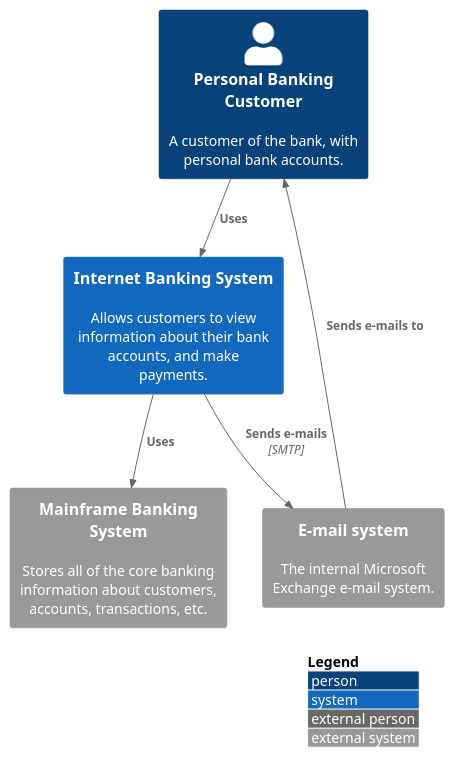
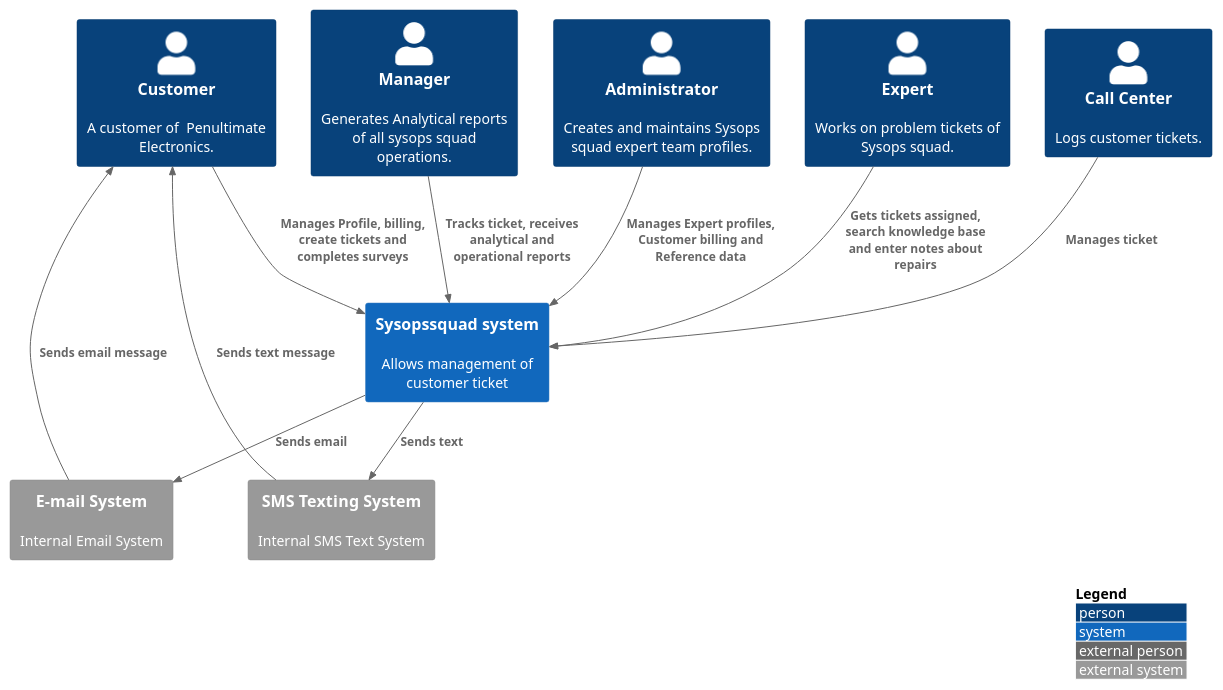
One commit to architectonics/sysopssquad changed the diagram in src/context.puml. Above: the diagram before and after it, drawn with PlantUML. The commit also changed 2 other files, not shown here.

```diff
--- a/src/context.puml
+++ b/src/context.puml
@@ -1,15 +1,27 @@
 @startuml
 !include https://raw.githubusercontent.com/adrianvlupu/C4-PlantUML/latest/C4_Context.puml
 
 LAYOUT_WITH_LEGEND()
 
-Person(pbc, "Personal Banking Customer", "A customer of the bank, with personal bank accounts.")
-System(ibs, "Internet Banking System", "Allows customers to view information about their bank accounts, and make payments.")
-System_Ext(es, "E-mail system", "The internal Microsoft Exchange e-mail system.")
-System_Ext(mbs, "Mainframe Banking System", "Stores all of the core banking information about customers, accounts, transactions, etc.")
+Person(customer, "Customer", "A customer of  Penultimate Electronics.")
+Person(admin, "Administrator", "Creates and maintains Sysops squad expert team profiles.")
+Person(expert, "Expert", "Works on problem tickets of Sysops squad.")
+Person(manager, "Manager", "Generates Analytical reports of all sysops squad operations.")
+Person(agent, "Call Center", "Logs customer tickets.")
 
-Rel(pbc, ibs, "Uses")
-Rel(es, pbc, "Sends e-mails to")
-Rel(ibs, es, "Sends e-mails", "SMTP")
-Rel(ibs, mbs, "Uses")
+System(ss, "Sysopssquad system", "Allows management of customer ticket")
+
+System_Ext(es, "E-mail System", "Internal Email System")
+System_Ext(sms, "SMS Texting System", "Internal SMS Text System")
+
+Rel(customer, ss, "Manages Profile, billing, create tickets and completes surveys")
+Rel(expert, ss, "Gets tickets assigned, search knowledge base and enter notes about repairs")
+Rel(agent, ss, "Manages ticket")
+Rel(manager, ss, "Tracks ticket, receives analytical and operational reports")
+Rel(admin, ss, "Manages Expert profiles, Customer billing and Reference data")
+Rel(ss, es, "Sends email")
+Rel(ss, sms, "Sends text")
+Rel(es, customer, "Sends email message")
+Rel(sms, customer, "Sends text message")
+
 @enduml
```
